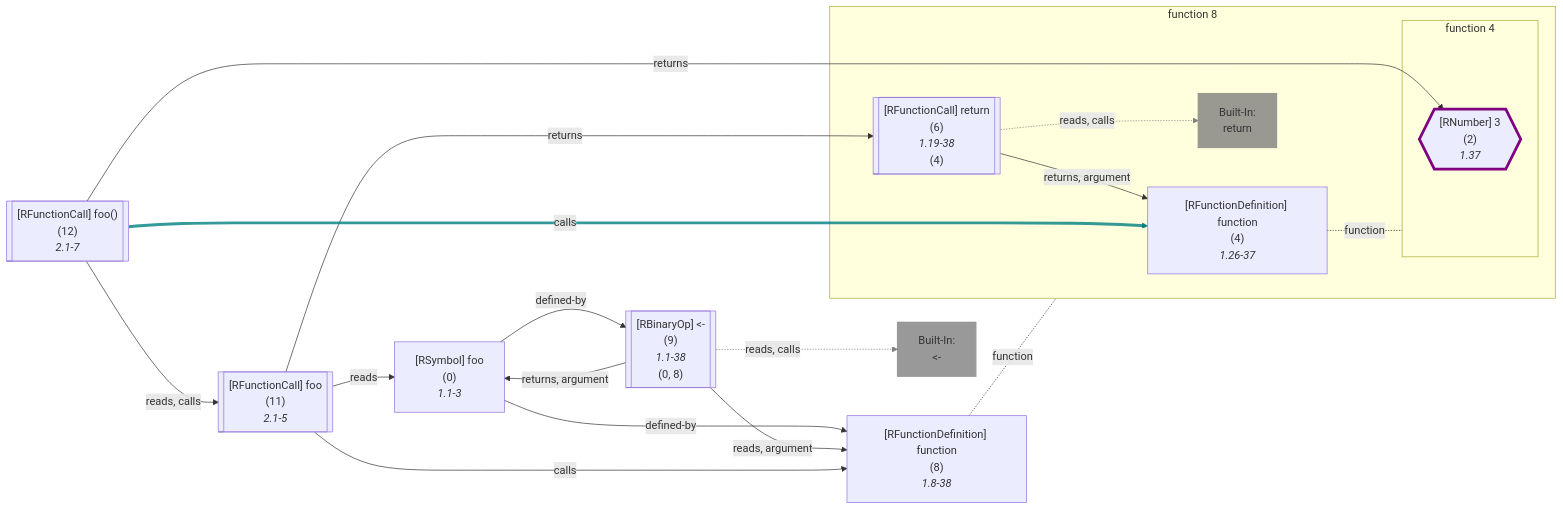
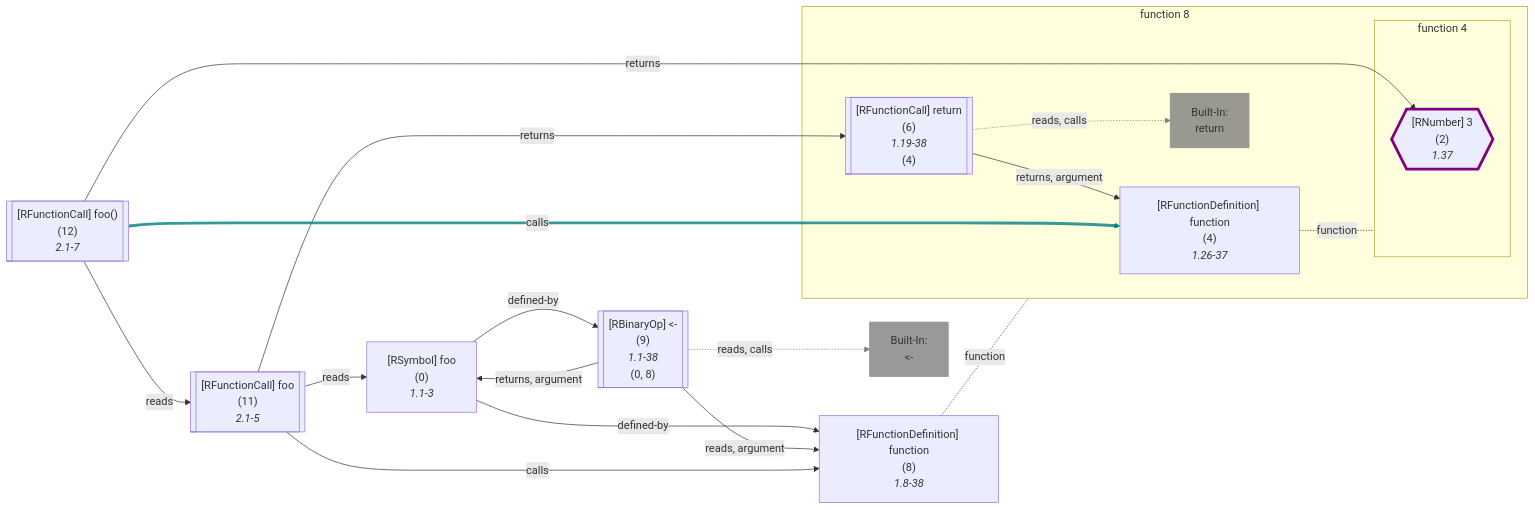
One commit to flowr-analysis/flowr changed diagram 16 of 54 in wiki/Dataflow Graph.md. Above: the diagram before and after it, drawn with Mermaid. The commit also changed other lines of this file and 10 other files, not shown here.

````diff
--- a/wiki/Dataflow Graph.md
+++ b/wiki/Dataflow Graph.md
@@ -2381,74 +2383,74 @@
 ```mermaid
 flowchart LR
     8["`#91;RFunctionDefinition#93; function
       (8)
       *1.8-38*`"]
 
 subgraph "flow-8" [function 8]
     %% Environment of 4 [level: 1]:
     %% Built-in
-    %% 4887----------------------------------------
-    %% 4888----------------------------------------
+    %% 442----------------------------------------
+    %% 443----------------------------------------
     4["`#91;RFunctionDefinition#93; function
       (4)
       *1.26-37*`"]
 
 subgraph "flow-4" [function 4]
     2{{"`#91;RNumber#93; 3
       (2)
       *1.37*`"}}
     style 2 stroke:purple,stroke-width:4px; 
 end
     6[["`#91;RFunctionCall#93; return
       (6)
       *1.19-38*
     (4)`"]]
     built-in:return["`Built-In:
 return`"]
     style built-in:return stroke:gray,fill:gray,stroke-width:2px,opacity:.8;
 end
     0["`#91;RSymbol#93; foo
       (0)
       *1.1-3*`"]
     9[["`#91;RBinaryOp#93; #60;#45;
       (9)
       *1.1-38*
     (0, 8)`"]]
     built-in:_-["`Built-In:
 #60;#45;`"]
     style built-in:_- stroke:gray,fill:gray,stroke-width:2px,opacity:.8;
     %% Environment of 11 [level: 0]:
     %% Built-in
-    %% 4914----------------------------------------
+    %% 469----------------------------------------
     %%   foo: {**foo** (id: 0, type: Function, def. @9)}
     11[["`#91;RFunctionCall#93; foo
       (11)
       *2.1-5*`"]]
     %% Environment of 12 [level: 0]:
     %% Built-in
-    %% 4916----------------------------------------
+    %% 471----------------------------------------
     %%   foo: {**foo** (id: 0, type: Function, def. @9)}
     12[["`#91;RFunctionCall#93; foo()
       (12)
       *2.1-7*`"]]
 4 -.-|function| flow-4
 
     6 -->|"returns, argument"| 4
     6 -.->|"reads, calls"| built-in:return
     linkStyle 2 stroke:gray;
 8 -.-|function| flow-8
 
     0 -->|"defined-by"| 8
     0 -->|"defined-by"| 9
     9 -->|"reads, argument"| 8
     9 -->|"returns, argument"| 0
     9 -.->|"reads, calls"| built-in:_-
     linkStyle 8 stroke:gray;
     11 -->|"reads"| 0
     11 -->|"returns"| 6
     11 -->|"calls"| 8
-    12 -->|"reads, calls"| 11
+    12 -->|"reads"| 11
     12 -->|"returns"| 2
     12 -->|"calls"| 4
     linkStyle 14 stroke:teal,stroke-width:4.2px,stroke-opacity:.8
 ```
````
